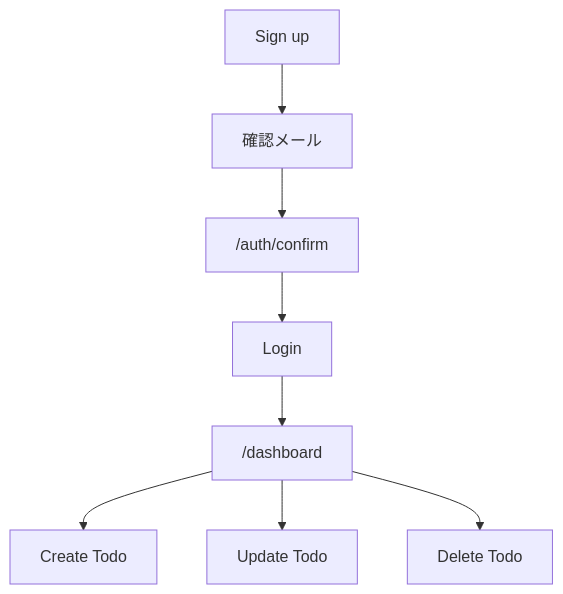
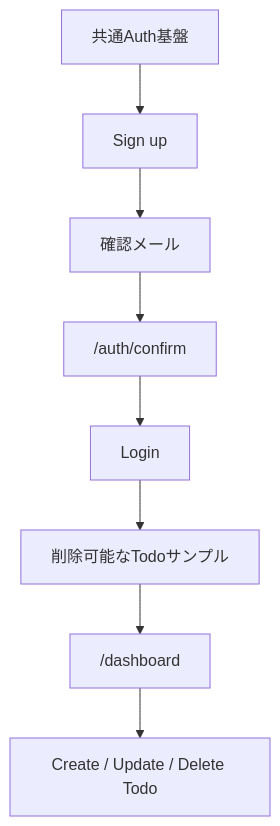
Before and after one commit to k-systems202208/nextjs-supabase-vercel-webapp-template: the first of 4 diagrams in docs/AUTH-CRUD.md, drawn with Mermaid. The commit also changed other lines of this file, not shown here.

Commit message:
Issue #14: Auth/CRUD文書を共通基盤とTodoサンプルへ分離

````diff
--- a/docs/AUTH-CRUD.md
+++ b/docs/AUTH-CRUD.md
@@ -19,10 +30,10 @@
 ```mermaid
 flowchart TD
-    A["Sign up"] --> B["確認メール"]
-    B --> C["/auth/confirm"]
-    C --> D["Login"]
-    D --> E["/dashboard"]
-    E --> F["Create Todo"]
-    E --> G["Update Todo"]
-    E --> H["Delete Todo"]
+    C["共通Auth基盤"] --> A["Sign up"]
+    A --> B["確認メール"]
+    B --> D["/auth/confirm"]
+    D --> E["Login"]
+    E --> S["削除可能なTodoサンプル"]
+    S --> F["/dashboard"]
+    F --> G["Create / Update / Delete Todo"]
 ```
````
